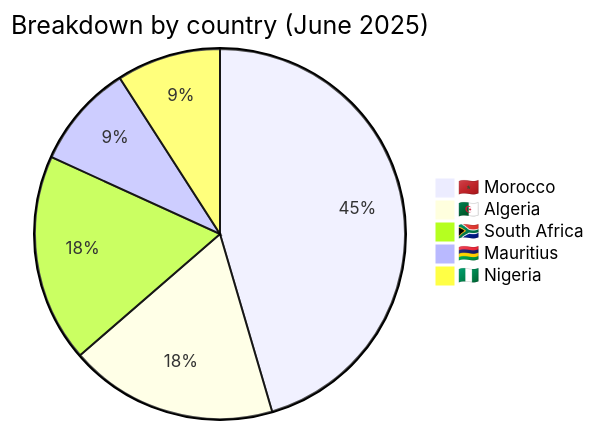
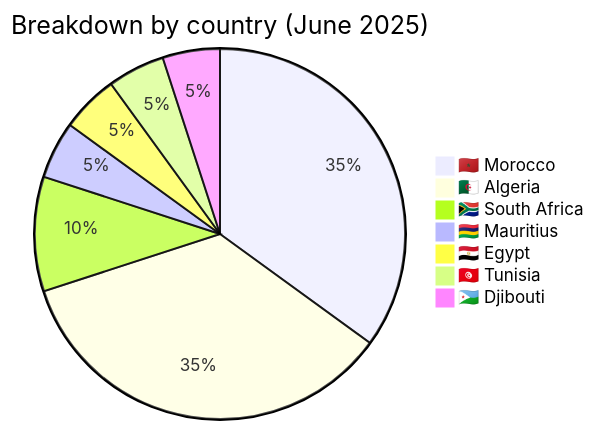
The third of 5 diagrams in CyberAttackAfrica/2025/06-june/README.md (Hatchepsoute/AFRINTEL), drawn with Mermaid before and after one commit. The commit also changed other lines of this file and 255 other files, not shown here.

````diff
--- a/CyberAttackAfrica/2025/06-june/README.md
+++ b/CyberAttackAfrica/2025/06-june/README.md
@@ -81,8 +97,10 @@
 ```mermaid
 pie title Breakdown by country (June 2025)
-    "🇲🇦 Morocco" : 5
-    "🇩🇿 Algeria" : 2
+    "🇲🇦 Morocco" : 7
+    "🇩🇿 Algeria" : 7
     "🇿🇦 South Africa" : 2
     "🇲🇺 Mauritius" : 1
-    "🇳🇬 Nigeria" : 1
+    "🇪🇬 Egypt" : 1
+    "🇹🇳 Tunisia" : 1
+    "🇩🇯 Djibouti" : 1
 ```
````
